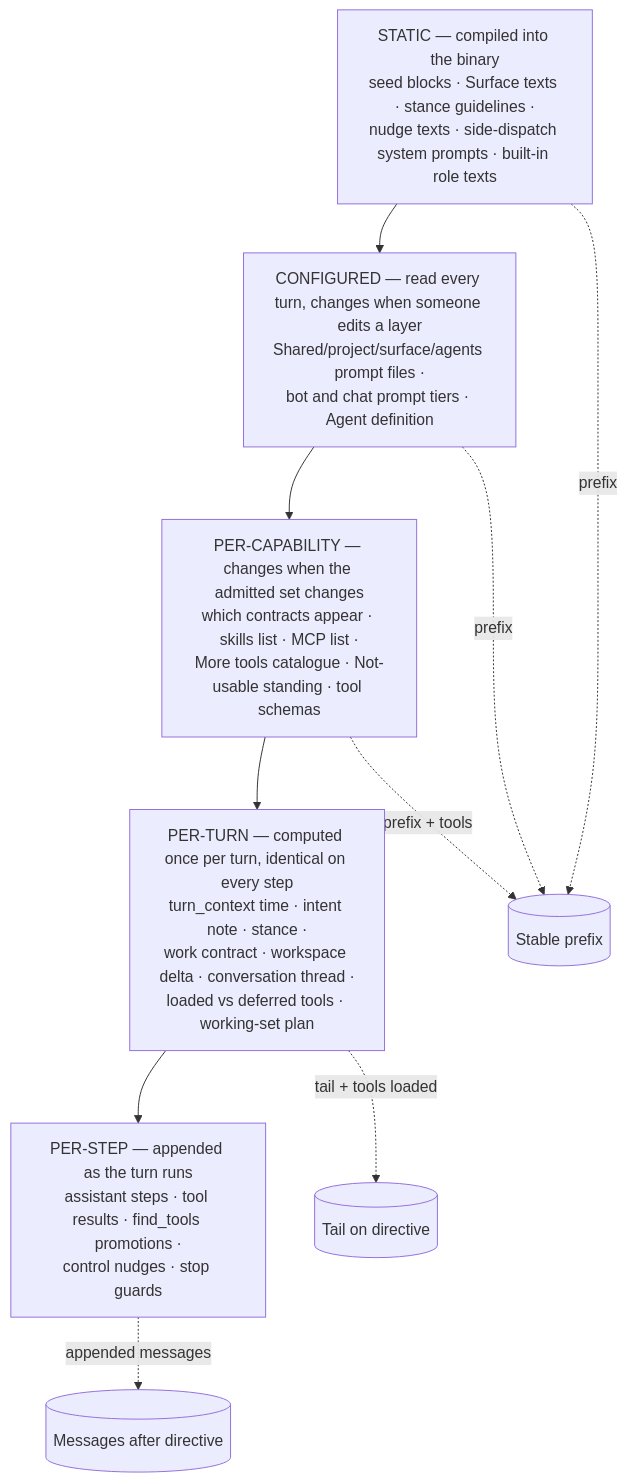
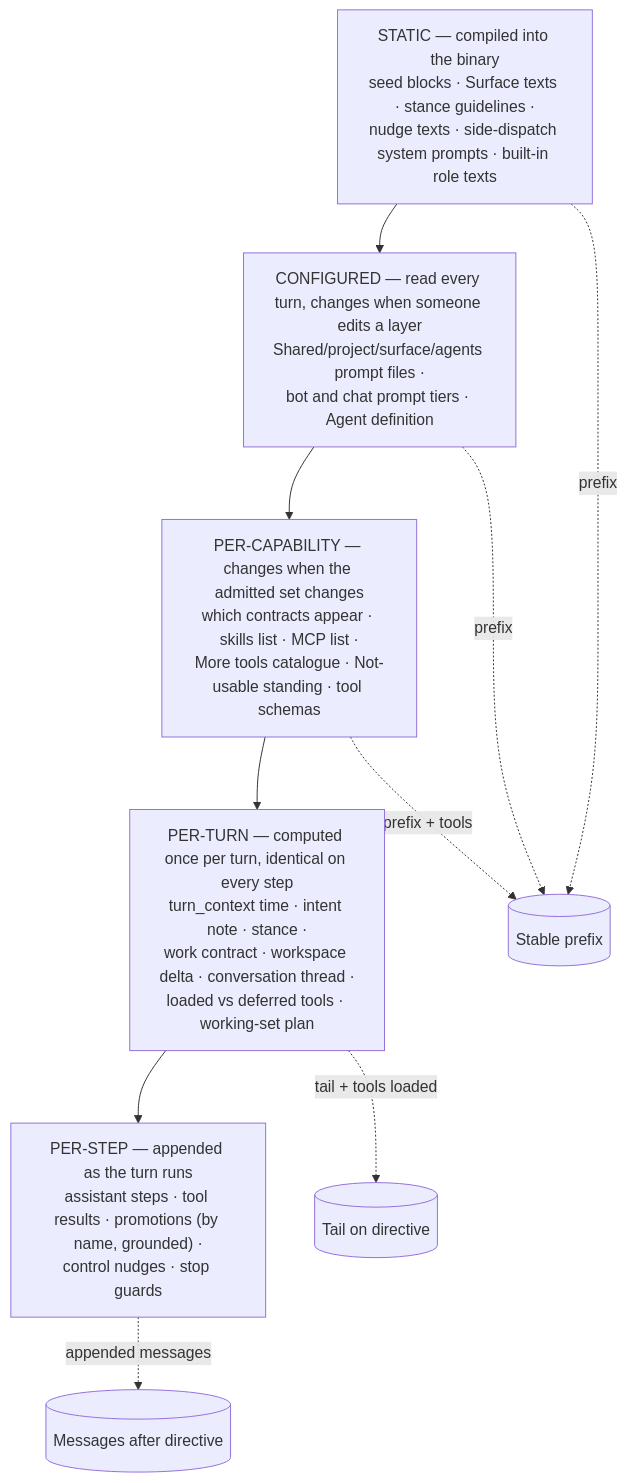
One commit to nranjan2code/code changed the second of 14 diagrams in docs/design/83-prompt-system.md. Above: the diagram before and after it, drawn with Mermaid. The commit also changed other lines of this file and 65 other files, not shown here.

````diff
--- a/docs/design/83-prompt-system.md
+++ b/docs/design/83-prompt-system.md
@@ -137,14 +137,14 @@
 ```mermaid
 flowchart TB
     S["STATIC — compiled into the binary<br/>seed blocks · Surface texts · stance guidelines ·<br/>nudge texts · side-dispatch system prompts · built-in role texts"]
     C["CONFIGURED — read every turn, changes when someone edits a layer<br/>Shared/project/surface/agents prompt files ·<br/>bot and chat prompt tiers · Agent definition"]
     P["PER-CAPABILITY — changes when the admitted set changes<br/>which contracts appear · skills list · MCP list ·<br/>More tools catalogue · Not-usable standing · tool schemas"]
     T["PER-TURN — computed once per turn, identical on every step<br/>turn_context time · intent note · stance ·<br/>work contract · workspace delta · conversation thread ·<br/>loaded vs deferred tools · working-set plan"]
-    X["PER-STEP — appended as the turn runs<br/>assistant steps · tool results · find_tools promotions ·<br/>control nudges · stop guards"]
+    X["PER-STEP — appended as the turn runs<br/>assistant steps · tool results · promotions (by name, grounded) ·<br/>control nudges · stop guards"]
     S --> C --> P --> T --> X
     S -. "prefix" .-> Prefix[(Stable prefix)]
     C -. "prefix" .-> Prefix
     P -. "prefix + tools" .-> Prefix
     T -. "tail + tools loaded" .-> TailBox[(Tail on directive)]
     X -. "appended messages" .-> Msgs[(Messages after directive)]
 ```
````
